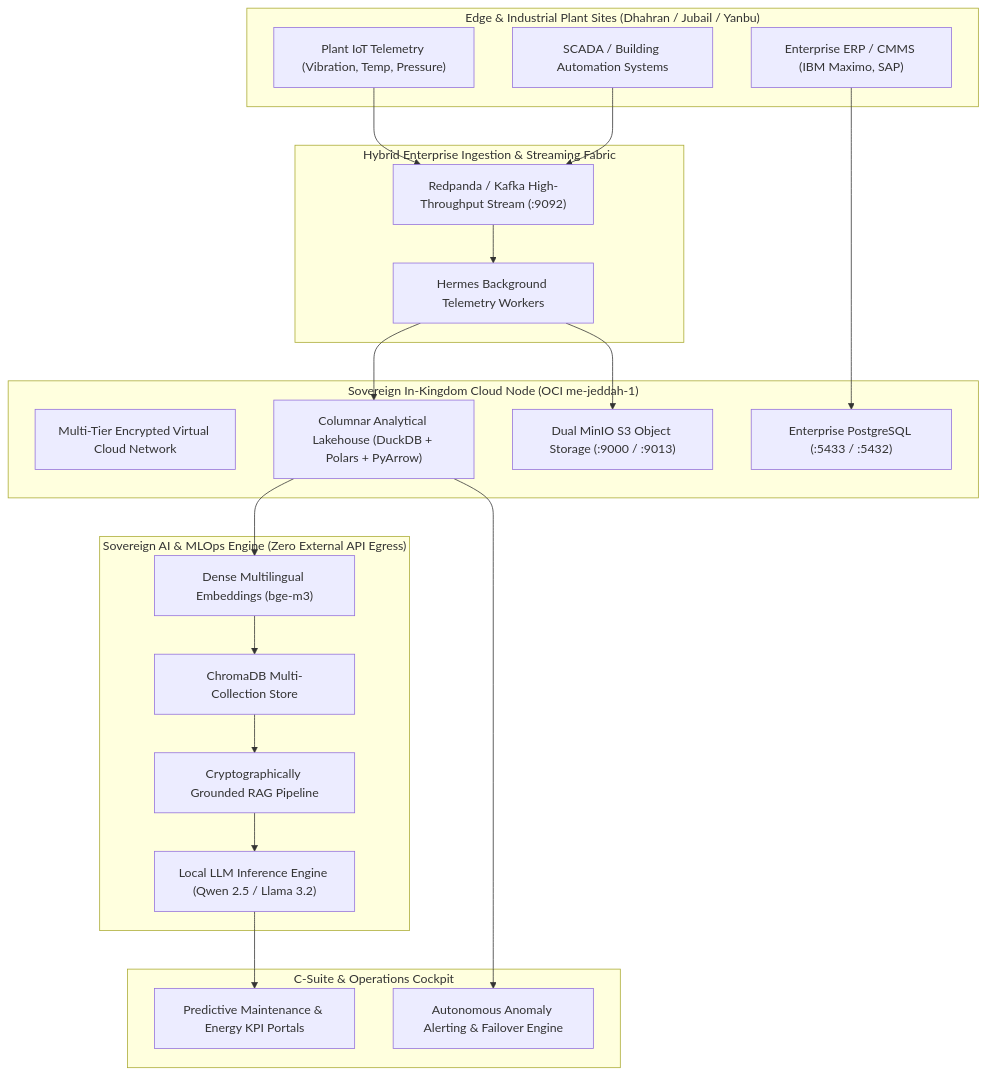
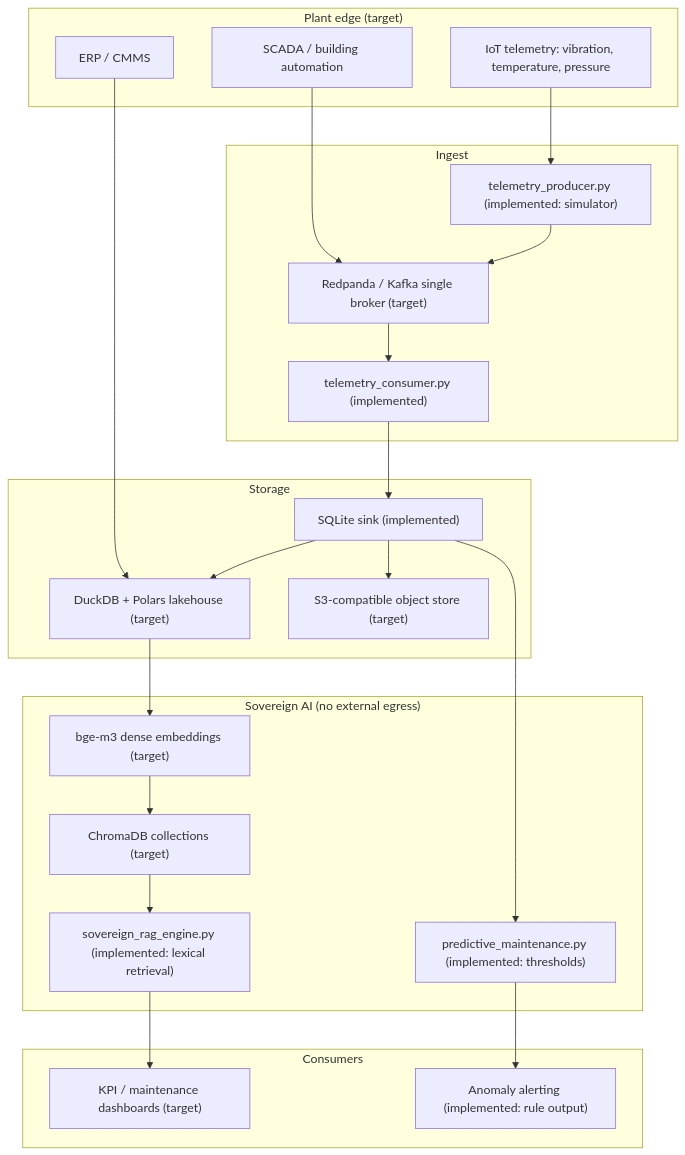
The diagram in README.md (Amz34/enterprise-cloud-ai-coe), drawn with Mermaid before and after one commit. The commit also changed other lines of this file and 8 other files, not shown here.

First line of the commit message:
docs: state implemented scope vs deployment target, drop unbacked metrics

````diff
--- a/README.md
+++ b/README.md
@@ -19,45 +40,41 @@
 ```mermaid
 flowchart TD
-    subgraph "Edge & Industrial Plant Sites (Dhahran / Jubail / Yanbu)"
-        Sensors["Plant IoT Telemetry (Vibration, Temp, Pressure)"]
-        SCADA["SCADA / Building Automation Systems"]
-        ERP["Enterprise ERP / CMMS (IBM Maximo, SAP)"]
+    subgraph Edge["Plant edge (target)"]
+        Sensors["IoT telemetry: vibration, temperature, pressure"]
+        SCADA["SCADA / building automation"]
+        ERP["ERP / CMMS"]
     end
 
-    subgraph "Hybrid Enterprise Ingestion & Streaming Fabric"
-        Redpanda["Redpanda / Kafka High-Throughput Stream (:9092)"]
-        EventWorker["Hermes Background Telemetry Workers"]
+    subgraph Ingest["Ingest"]
+        Producer["telemetry_producer.py (implemented: simulator)"]
+        Broker["Redpanda / Kafka single broker (target)"]
+        Consumer["telemetry_consumer.py (implemented)"]
     end
 
-    subgraph "Sovereign In-Kingdom Cloud Node (OCI me-jeddah-1)"
-        VCN["Multi-Tier Encrypted Virtual Cloud Network"]
-        Lakehouse["Columnar Analytical Lakehouse (DuckDB + Polars + PyArrow)"]
-        ObjectStore["Dual MinIO S3 Object Storage (:9000 / :9013)"]
-        Postgres["Enterprise PostgreSQL (:5433 / :5432)"]
+    subgraph Store["Storage"]
+        Sink["SQLite sink (implemented)"]
+        Lakehouse["DuckDB + Polars lakehouse (target)"]
+        ObjectStore["S3-compatible object store (target)"]
     end
 
-    subgraph "Sovereign AI & MLOps Engine (Zero External API Egress)"
-        Ollama["Local LLM Inference Engine (Qwen 2.5 / Llama 3.2)"]
-        Embedder["Dense Multilingual Embeddings (bge-m3)"]
-        VectorDB["ChromaDB Multi-Collection Store"]
-        RAG["Cryptographically Grounded RAG Pipeline"]
+    subgraph AI["Sovereign AI (no external egress)"]
+        RAG["sovereign_rag_engine.py (implemented: lexical retrieval)"]
+        Embed["bge-m3 dense embeddings (target)"]
+        VectorDB["ChromaDB collections (target)"]
+        Rules["predictive_maintenance.py (implemented: thresholds)"]
     end
 
-    subgraph "C-Suite & Operations Cockpit"
-        Dashboard["Predictive Maintenance & Energy KPI Portals"]
-        Alerts["Autonomous Anomaly Alerting & Failover Engine"]
+    subgraph Out["Consumers"]
+        Dashboard["KPI / maintenance dashboards (target)"]
+        Alerts["Anomaly alerting (implemented: rule output)"]
     end
 
-    Sensors --> Redpanda
-    SCADA --> Redpanda
-    ERP --> Postgres
-    Redpanda --> EventWorker
-    EventWorker --> Lakehouse
-    EventWorker --> ObjectStore
-    Lakehouse --> Embedder
-    Embedder --> VectorDB
-    VectorDB --> RAG
-    RAG --> Ollama
-    Ollama --> Dashboard
-    Lakehouse --> Alerts
+    Sensors --> Producer --> Broker --> Consumer --> Sink
+    Sink --> Lakehouse
+    Sink --> ObjectStore
+    Lakehouse --> Embed --> VectorDB --> RAG
+    RAG --> Dashboard
+    Sink --> Rules --> Alerts
+    ERP --> Lakehouse
+    SCADA --> Broker
 ```
````
